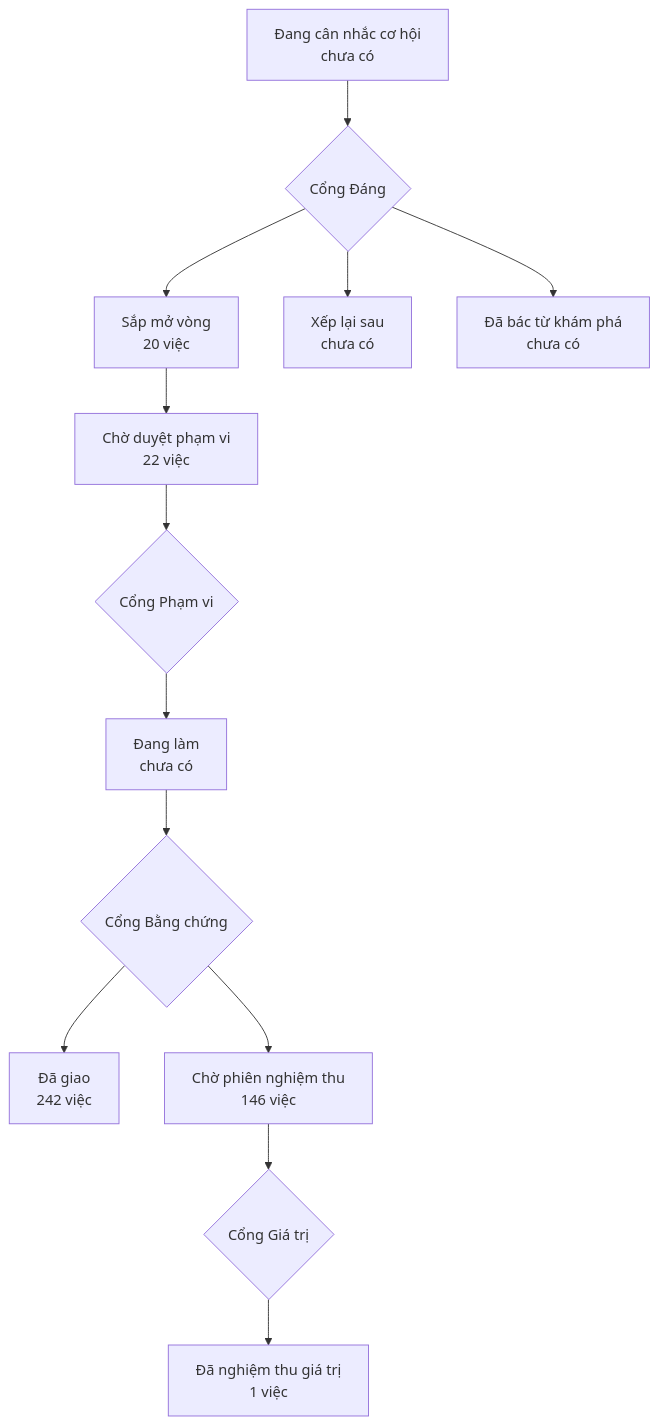
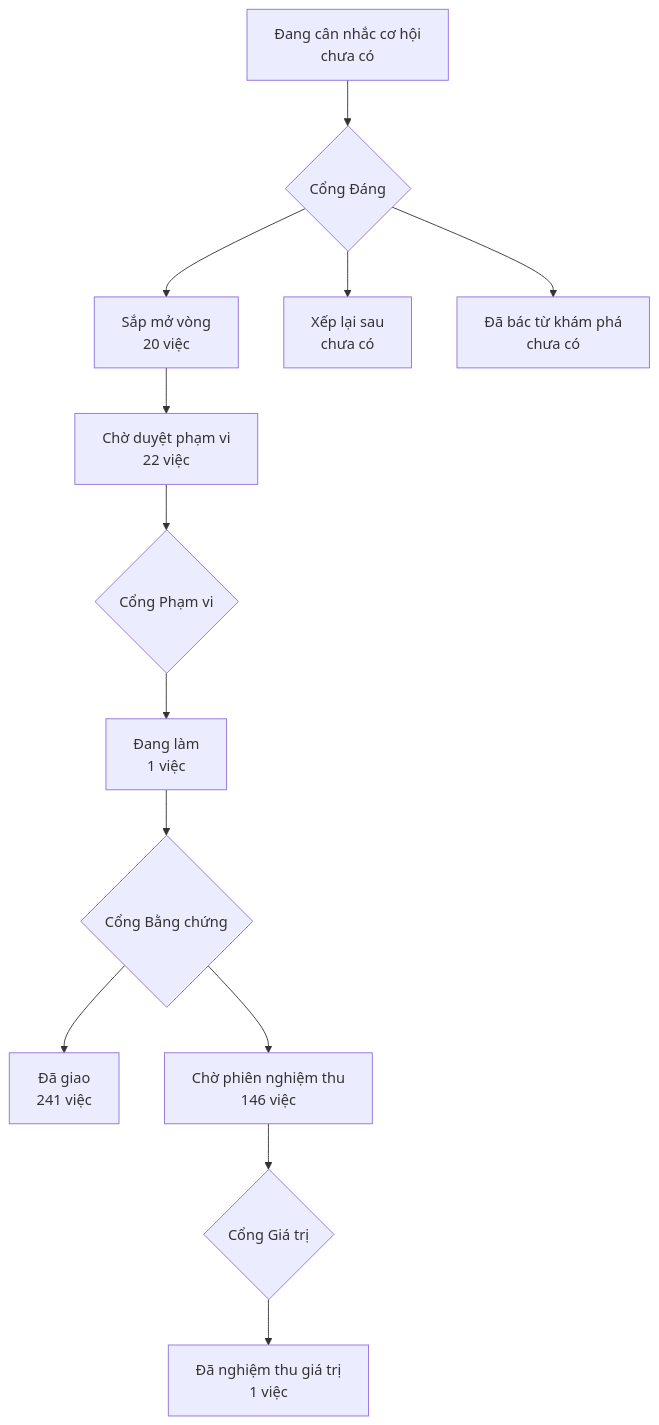
One commit to phanlemanh/onehub-invest changed the diagram in PRODUCT-MAP.md. Above: the diagram before and after it, drawn with Mermaid. The commit also changed other lines of this file and 3 other files, not shown here.

````diff
--- a/PRODUCT-MAP.md
+++ b/PRODUCT-MAP.md
@@ -7,12 +7,12 @@
 ```mermaid
 flowchart TD
   A["Đang cân nhắc cơ hội<br/>chưa có"] --> GD{"Cổng Đáng"}
   GD --> B["Sắp mở vòng<br/>20 việc"]
   GD --> XL["Xếp lại sau<br/>chưa có"]
   GD --> DB["Đã bác từ khám phá<br/>chưa có"]
   B --> CD["Chờ duyệt phạm vi<br/>22 việc"] --> GP{"Cổng Phạm vi"}
-  GP --> DL["Đang làm<br/>chưa có"] --> GB{"Cổng Bằng chứng"}
-  GB --> DG["Đã giao<br/>242 việc"]
+  GP --> DL["Đang làm<br/>1 việc"] --> GB{"Cổng Bằng chứng"}
+  GB --> DG["Đã giao<br/>241 việc"]
   GB --> CN["Chờ phiên nghiệm thu<br/>146 việc"] --> GG{"Cổng Giá trị"}
   GG --> NT["Đã nghiệm thu giá trị<br/>1 việc"]
 ```
````
